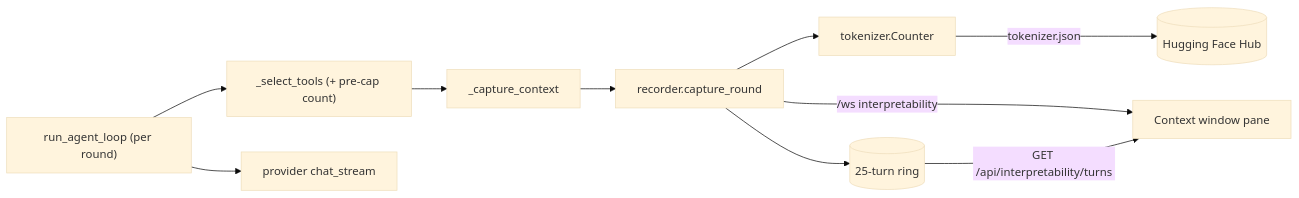
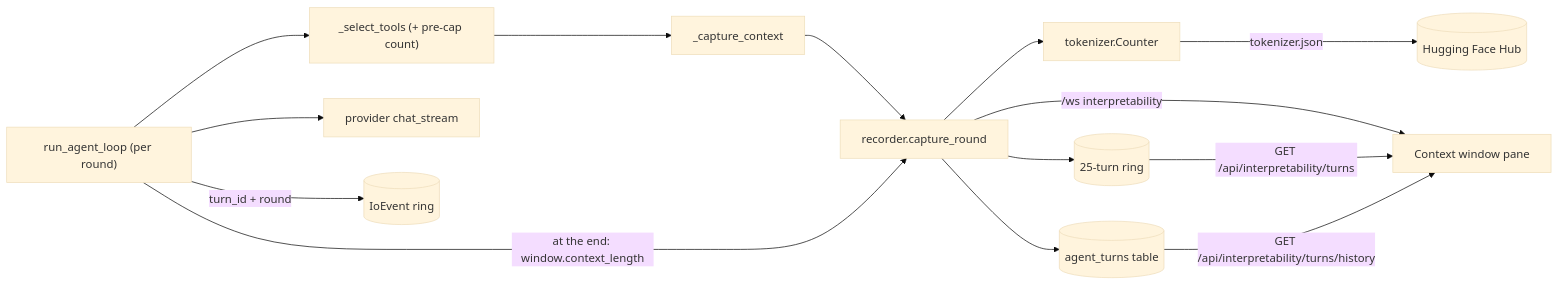
One commit to ConstCorrectness/horrible-dashboard changed the first of 4 diagrams in docs/modules/interpretability.mdx. Above: the diagram before and after it, drawn with Mermaid (base theme). The commit also changed other lines of this file and 11 other files, not shown here.

First line of the commit message:
feat(interpretability): make a turn answerable after it ends

````diff
--- a/docs/modules/interpretability.mdx
+++ b/docs/modules/interpretability.mdx
@@ -82,12 +82,16 @@
 ```mermaid
 flowchart LR
     Loop["run_agent_loop (per round)"] --> Sel["_select_tools (+ pre-cap count)"]
     Sel --> Cap["_capture_context"]
     Cap --> Rec["recorder.capture_round"]
     Rec --> Tok["tokenizer.Counter"]
     Tok -->|"tokenizer.json"| HF[("Hugging Face Hub")]
     Rec --> Ring[("25-turn ring")]
+    Rec --> Store[("agent_turns table")]
     Rec -->|"/ws interpretability"| Pane["Context window pane"]
     Ring -->|"GET /api/interpretability/turns"| Pane
+    Store -->|"GET /api/interpretability/turns/history"| Pane
     Loop --> Provider["provider chat_stream"]
+    Loop -->|"turn_id + round"| Io[("IoEvent ring")]
+    Loop -->|"at the end: window.context_length"| Rec
 ```
````
